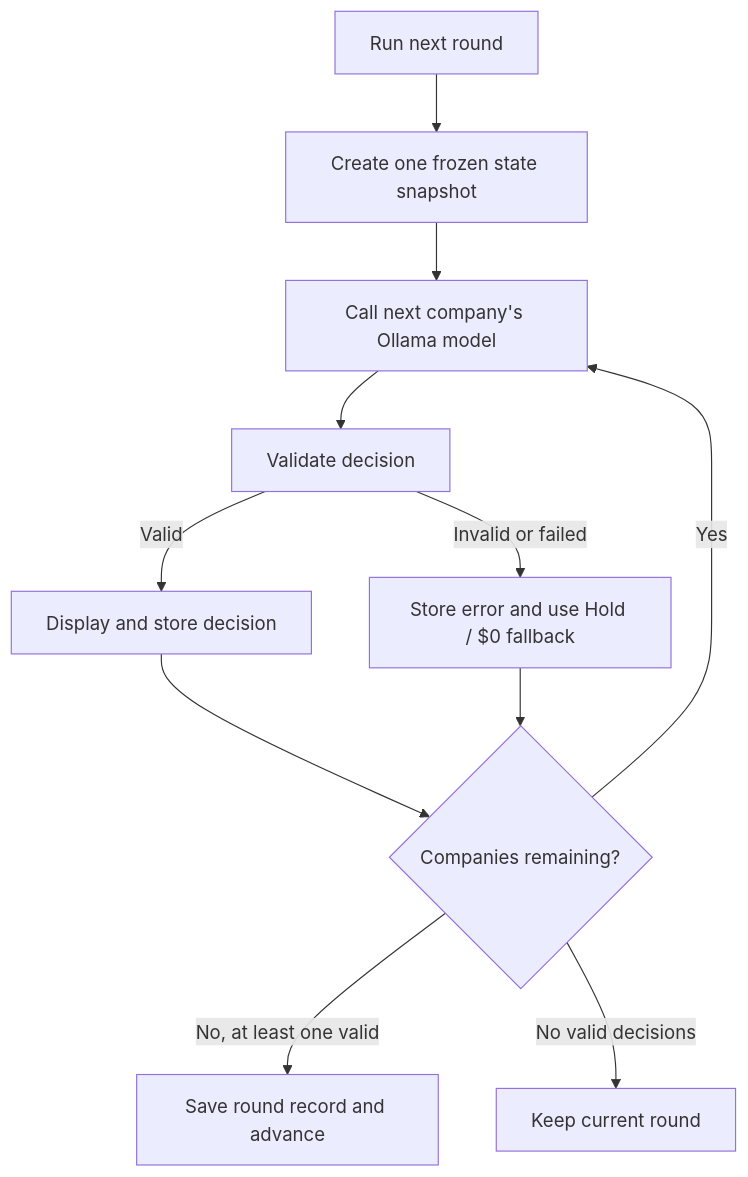
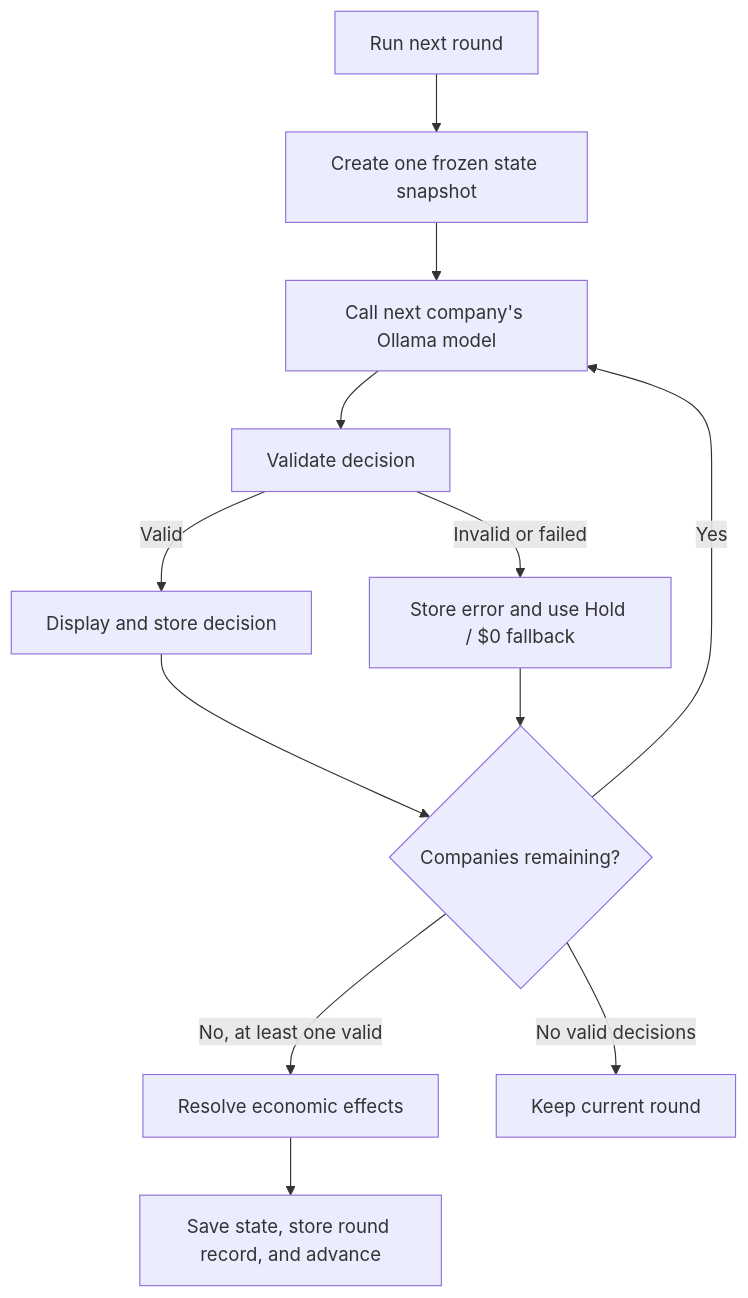
One commit to atugurlan/llm-startup-arena changed the first of 4 diagrams in README.md. Above: the diagram before and after it, drawn with Mermaid. The commit also changed other lines of this file and 7 other files, not shown here.

````diff
--- a/README.md
+++ b/README.md
@@ -78,13 +78,14 @@
 ```mermaid
 flowchart TB
     Start["Run next round"] --> Snapshot["Create one frozen state snapshot"]
     Snapshot --> Model["Call next company's Ollama model"]
     Model --> Validate["Validate decision"]
     Validate -->|Valid| Display["Display and store decision"]
     Validate -->|Invalid or failed| Hold["Store error and use Hold / $0 fallback"]
     Display --> More{"Companies remaining?"}
     Hold --> More
     More -->|Yes| Model
-    More -->|No, at least one valid| Save["Save round record and advance"]
+    More -->|No, at least one valid| Resolve["Resolve economic effects"]
+    Resolve --> Save["Save state, store round record, and advance"]
     More -->|No valid decisions| Stop["Keep current round"]
 ```
````
